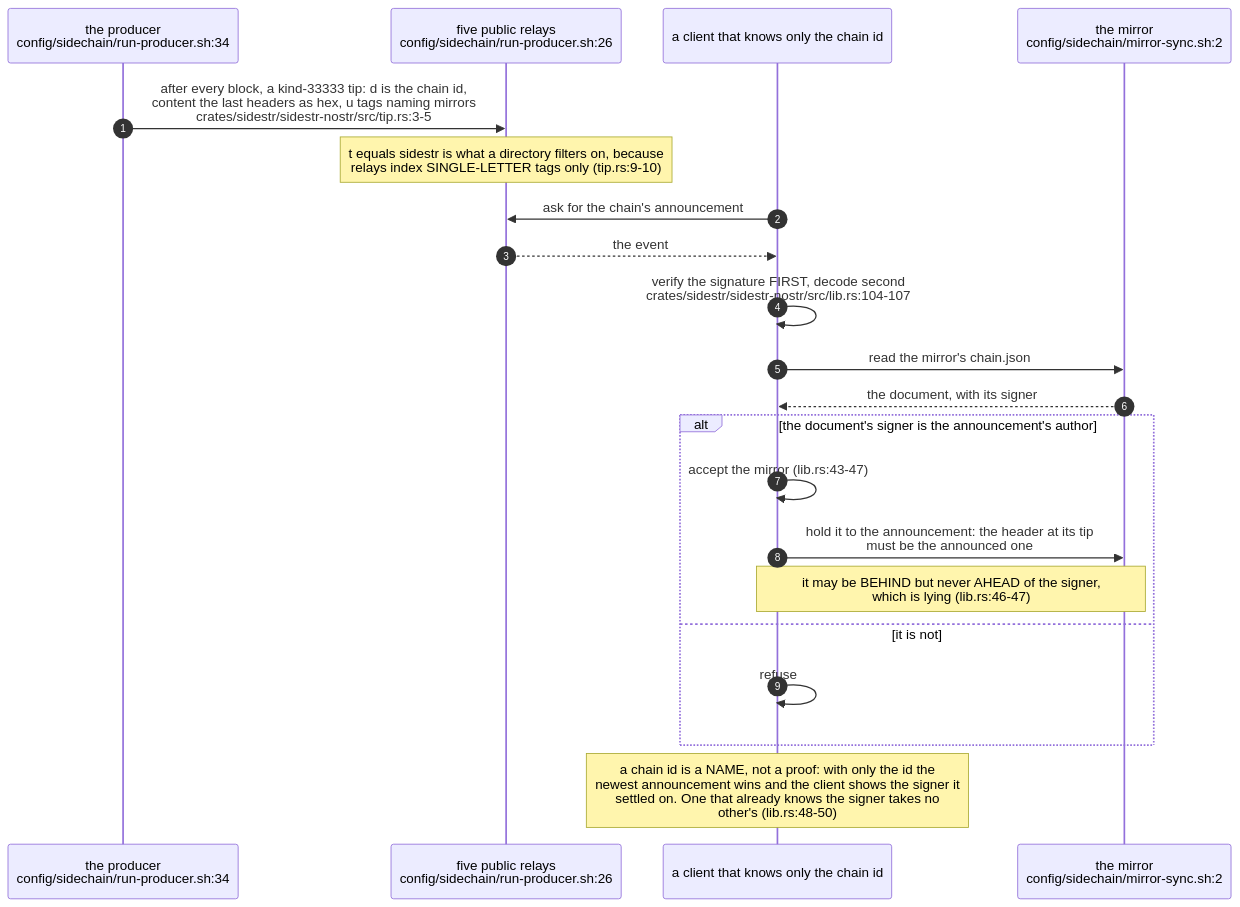
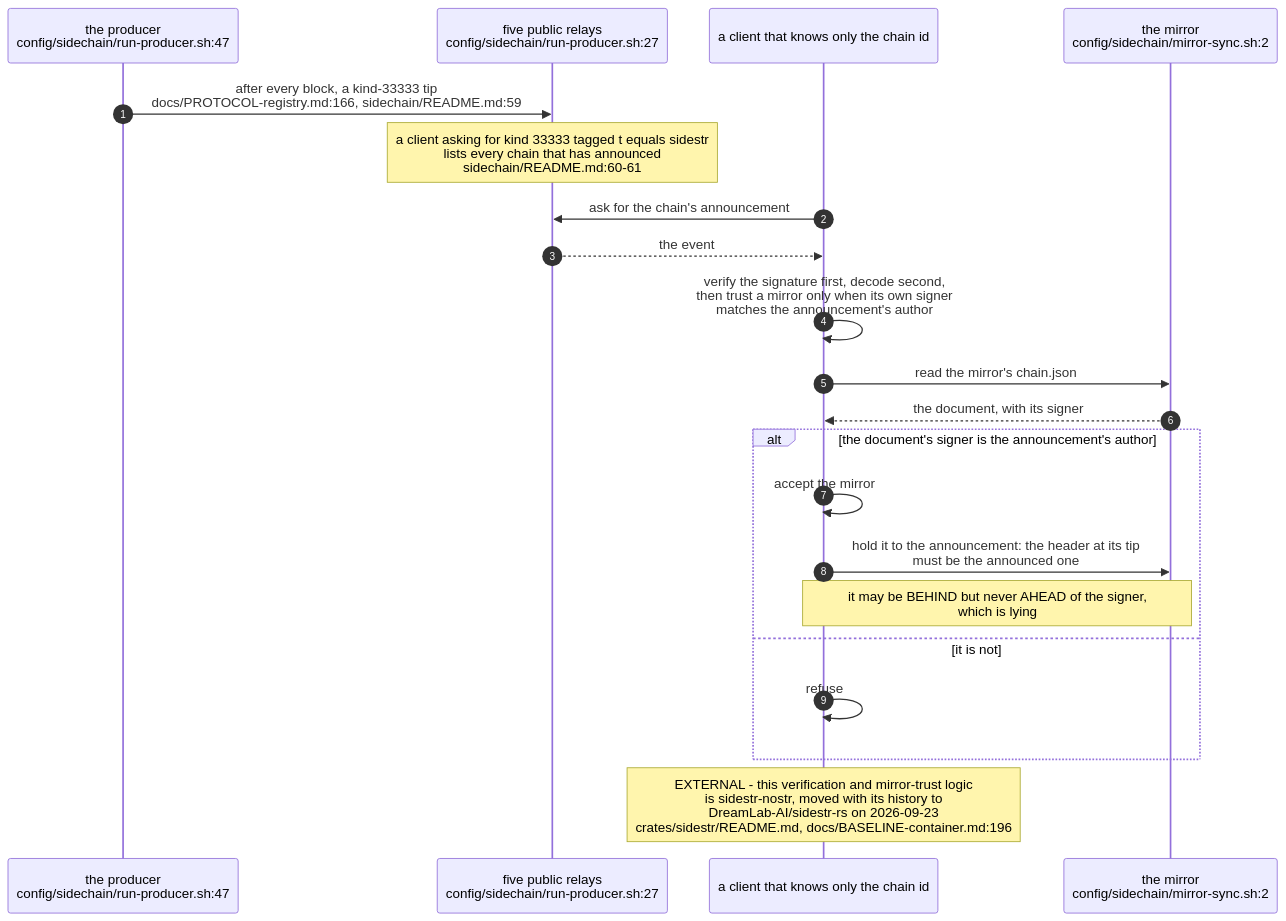
Before and after one commit to DreamLab-AI/VisionFlow: the second of 5 diagrams in docs/diagrams/agentbox/34-sidestr-interim-producer-and-mirror.md, drawn with Mermaid. The commit also changed other lines of this file and 136 other files, not shown here.

First line of the commit message:
docs(diagrams): refresh the whole corpus to code HEAD and prune low-value diagrams

````diff
--- a/docs/diagrams/agentbox/34-sidestr-interim-producer-and-mirror.md
+++ b/docs/diagrams/agentbox/34-sidestr-interim-producer-and-mirror.md
@@ -65,24 +69,24 @@
 ```mermaid
 sequenceDiagram
     autonumber
-    participant PR as the producer<br/>config/sidechain/run-producer.sh:34
-    participant RL as five public relays<br/>config/sidechain/run-producer.sh:26
+    participant PR as the producer<br/>config/sidechain/run-producer.sh:47
+    participant RL as five public relays<br/>config/sidechain/run-producer.sh:27
     participant CL as a client that knows only the chain id
     participant MI as the mirror<br/>config/sidechain/mirror-sync.sh:2
 
-    PR->>RL: after every block, a kind-33333 tip: d is the chain id,<br/>content the last headers as hex, u tags naming mirrors<br/>crates/sidestr/sidestr-nostr/src/tip.rs:3-5
-    Note over RL: t equals sidestr is what a directory filters on, because<br/>relays index SINGLE-LETTER tags only (tip.rs:9-10)
+    PR->>RL: after every block, a kind-33333 tip<br/>docs/PROTOCOL-registry.md:166, sidechain/README.md:59
+    Note over RL: a client asking for kind 33333 tagged t equals sidestr<br/>lists every chain that has announced<br/>sidechain/README.md:60-61
     CL->>RL: ask for the chain's announcement
     RL-->>CL: the event
-    CL->>CL: verify the signature FIRST, decode second<br/>crates/sidestr/sidestr-nostr/src/lib.rs:104-107
+    CL->>CL: verify the signature first, decode second,<br/>then trust a mirror only when its own signer<br/>matches the announcement's author
     CL->>MI: read the mirror's chain.json
     MI-->>CL: the document, with its signer
     alt the document's signer is the announcement's author
-        CL->>CL: accept the mirror (lib.rs:43-47)
+        CL->>CL: accept the mirror
         CL->>MI: hold it to the announcement: the header at its tip<br/>must be the announced one
-        Note over CL,MI: it may be BEHIND but never AHEAD of the signer,<br/>which is lying (lib.rs:46-47)
+        Note over CL,MI: it may be BEHIND but never AHEAD of the signer,<br/>which is lying
     else it is not
         CL->>CL: refuse
     end
-    Note over CL: a chain id is a NAME, not a proof: with only the id the<br/>newest announcement wins and the client shows the signer it<br/>settled on. One that already knows the signer takes no<br/>other's (lib.rs:48-50)
+    Note over CL: EXTERNAL - this verification and mirror-trust logic<br/>is sidestr-nostr, moved with its history to<br/>DreamLab-AI/sidestr-rs on 2026-09-23<br/>crates/sidestr/README.md, docs/BASELINE-container.md:196
 ```
````
